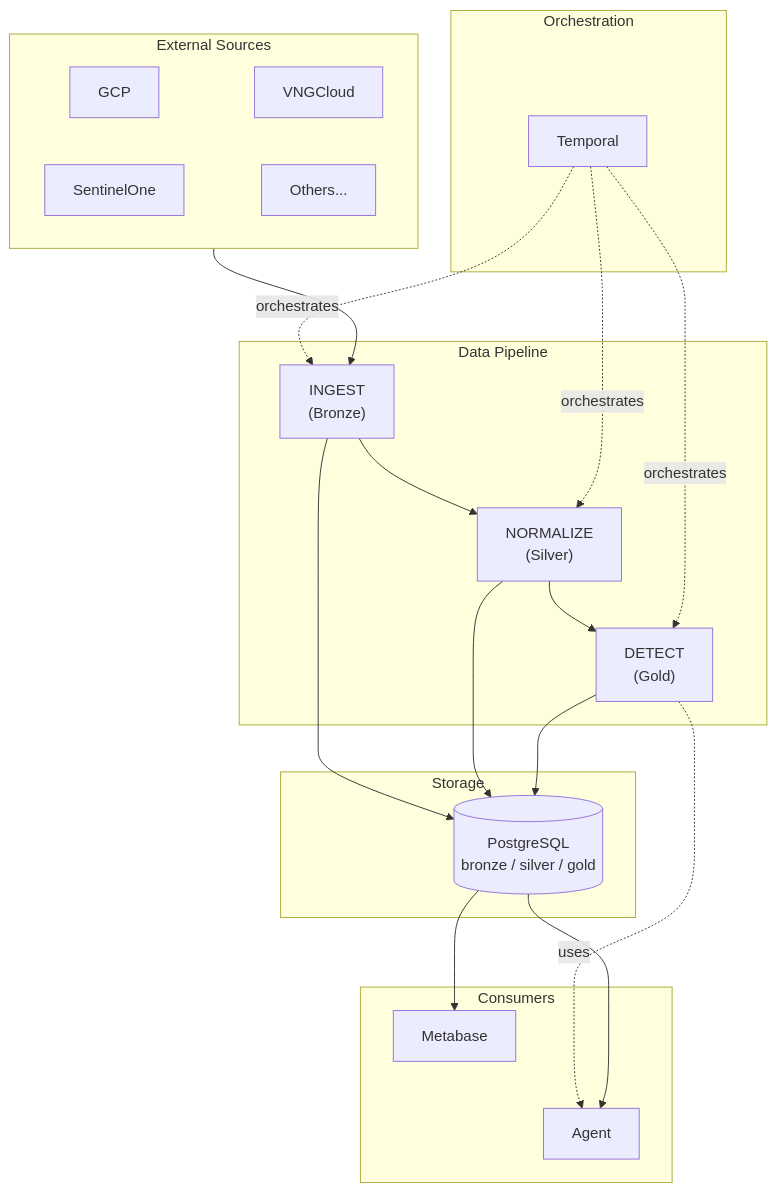
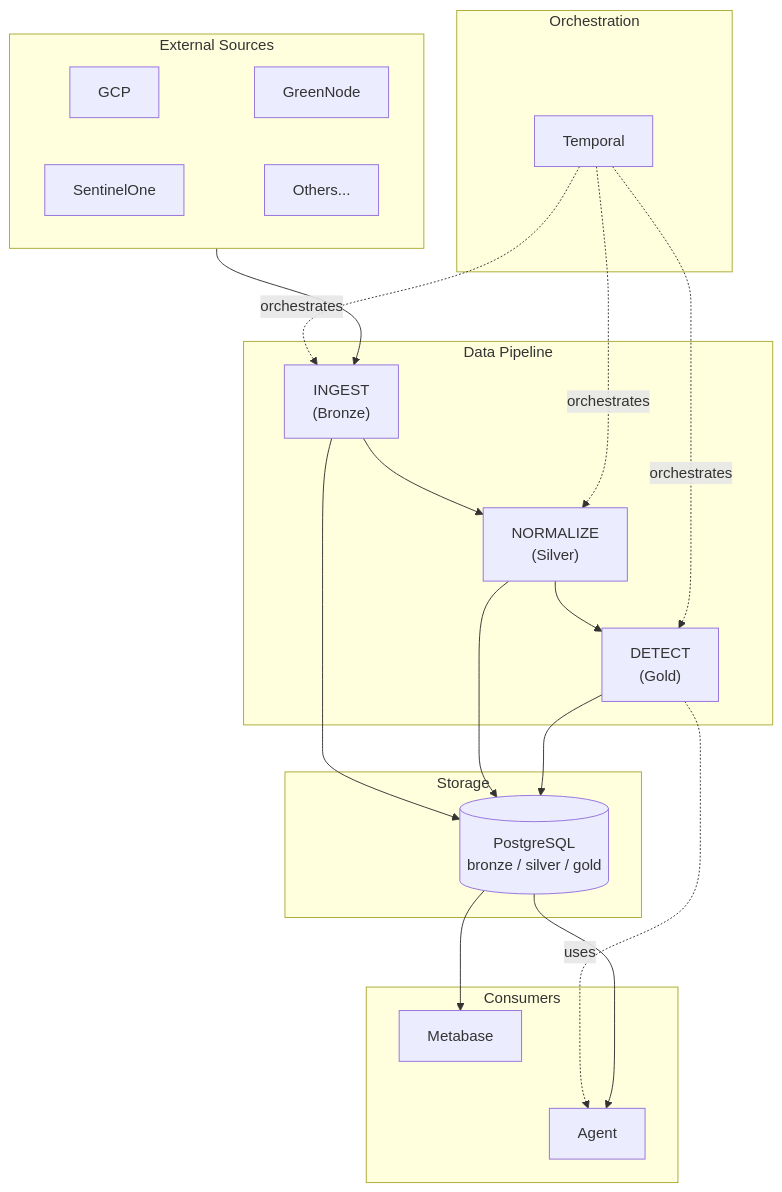
The first of 2 diagrams in docs/architecture/OVERVIEW.md (dannyota/hotpot), drawn with Mermaid before and after one commit. The commit also changed other lines of this file and 7 other files, not shown here.

First line of the commit message:
docs: rename VNG Cloud to GreenNode across all documentation

````diff
--- a/docs/architecture/OVERVIEW.md
+++ b/docs/architecture/OVERVIEW.md
@@ -5,29 +5,29 @@
 ```mermaid
 flowchart TD
     subgraph Sources["External Sources"]
-        GCP[GCP] ~~~ VNG[VNGCloud]
+        GCP[GCP] ~~~ GN[GreenNode]
         S1[SentinelOne] ~~~ OTHER[Others...]
     end
 
     subgraph Orchestration["Orchestration"]
         TEMPORAL[Temporal] 
     end
 
     subgraph Pipeline["Data Pipeline"]
         INGEST["INGEST<br/>(Bronze)"] --> NORMALIZE["NORMALIZE<br/>(Silver)"] --> DETECT["DETECT<br/>(Gold)"]
     end
 
     subgraph Storage["Storage"]
         DB[(PostgreSQL<br/>bronze / silver / gold)]
     end
 
     subgraph Consumers["Consumers"]
         METABASE["Metabase"] ~~~ AGENT["Agent"]
     end
 
     Sources --> INGEST
     TEMPORAL -.->|orchestrates| INGEST & NORMALIZE & DETECT
     INGEST & NORMALIZE & DETECT --> DB
     DETECT -.->|uses| AGENT
     DB --> METABASE & AGENT
 ```
````
